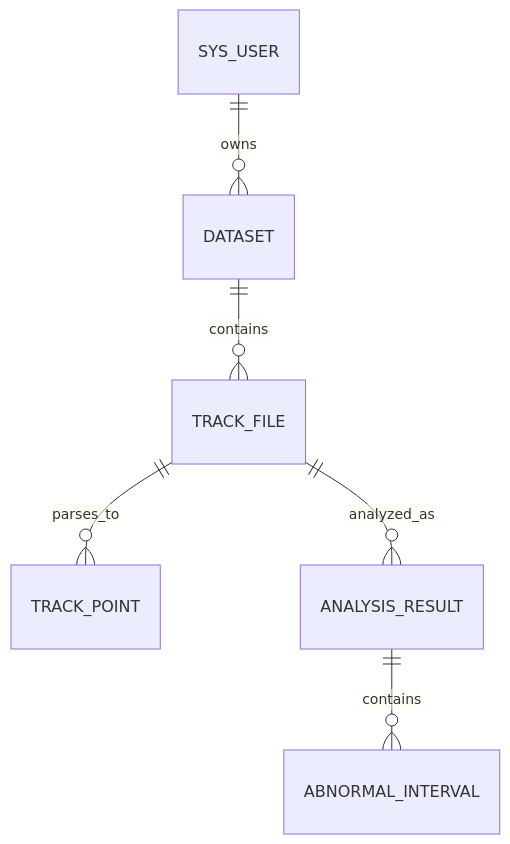
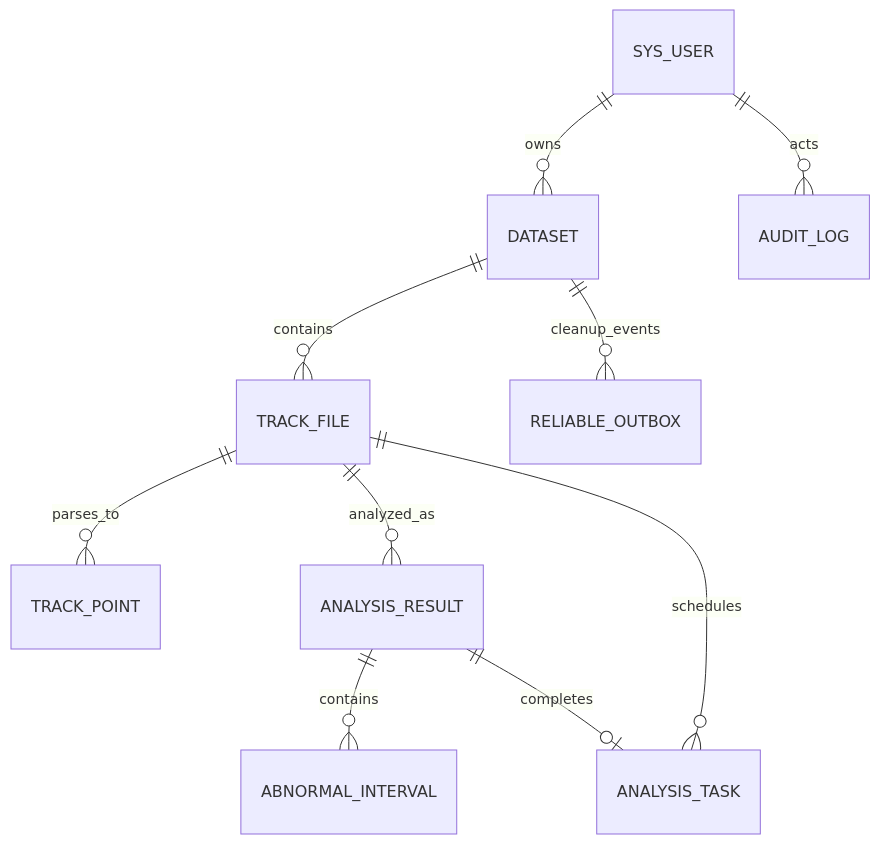
The diagram in docs/database.md (comi-master/track-evaluation-platform), drawn with Mermaid before and after one commit. The commit also changed other lines of this file and 167 other files, not shown here.

````diff
--- a/docs/database.md
+++ b/docs/database.md
@@ -17,8 +22,12 @@
 ```mermaid
 erDiagram
     SYS_USER ||--o{ DATASET : owns
     DATASET ||--o{ TRACK_FILE : contains
     TRACK_FILE ||--o{ TRACK_POINT : parses_to
     TRACK_FILE ||--o{ ANALYSIS_RESULT : analyzed_as
     ANALYSIS_RESULT ||--o{ ABNORMAL_INTERVAL : contains
+    TRACK_FILE ||--o{ ANALYSIS_TASK : schedules
+    ANALYSIS_RESULT ||--o| ANALYSIS_TASK : completes
+    SYS_USER ||--o{ AUDIT_LOG : acts
+    DATASET ||--o{ RELIABLE_OUTBOX : cleanup_events
 ```
````
